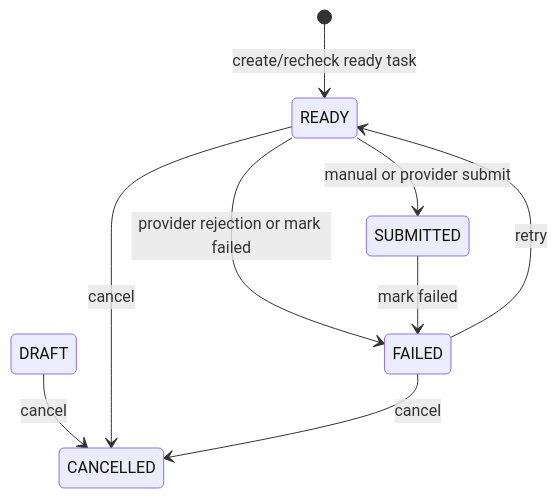
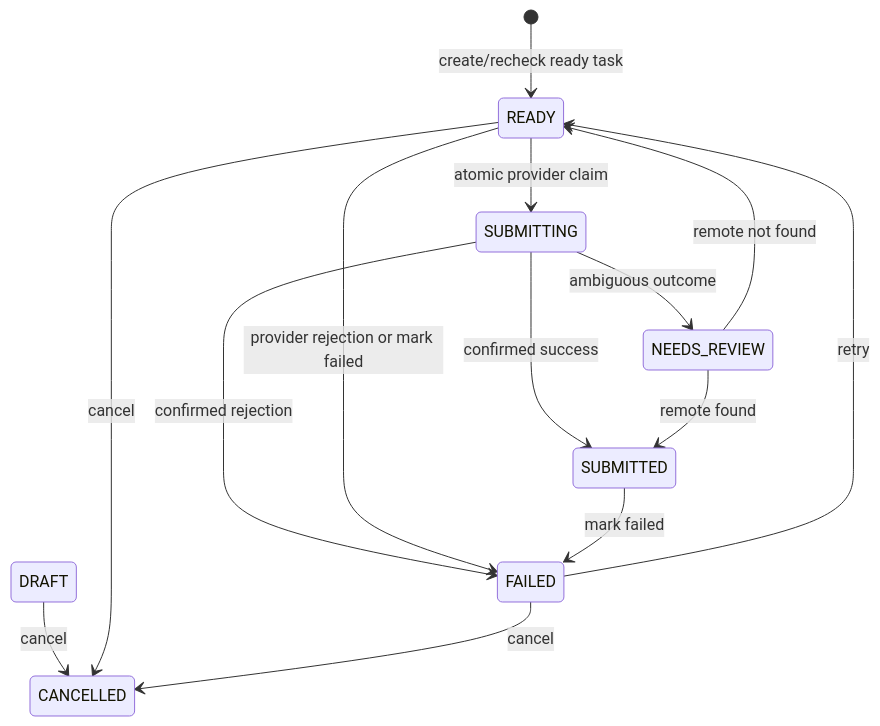
One commit to lng-developer/lng-web-be changed the second of 2 diagrams in docs/vendorSubmission/VENDOR_SUBMISSION_MODULE_GUIDE.md. Above: the diagram before and after it, drawn with Mermaid. The commit also changed other lines of this file and 27 other files, not shown here.

````diff
--- a/docs/vendorSubmission/VENDOR_SUBMISSION_MODULE_GUIDE.md
+++ b/docs/vendorSubmission/VENDOR_SUBMISSION_MODULE_GUIDE.md
@@ -23,11 +23,16 @@
 ```mermaid
 stateDiagram-v2
   [*] --> READY: create/recheck ready task
-  READY --> SUBMITTED: manual or provider submit
+  READY --> SUBMITTING: atomic provider claim
+  SUBMITTING --> SUBMITTED: confirmed success
+  SUBMITTING --> FAILED: confirmed rejection
+  SUBMITTING --> NEEDS_REVIEW: ambiguous outcome
+  NEEDS_REVIEW --> SUBMITTED: remote found
+  NEEDS_REVIEW --> READY: remote not found
   READY --> FAILED: provider rejection or mark failed
   SUBMITTED --> FAILED: mark failed
   FAILED --> READY: retry
   DRAFT --> CANCELLED: cancel
   READY --> CANCELLED: cancel
   FAILED --> CANCELLED: cancel
 ```
````
